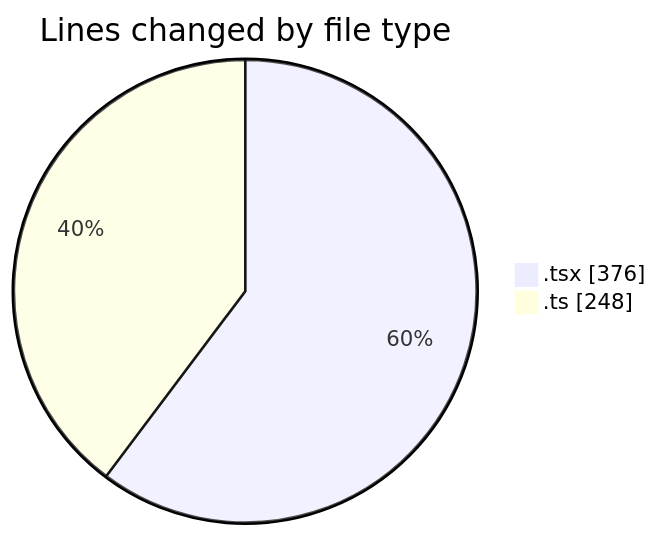
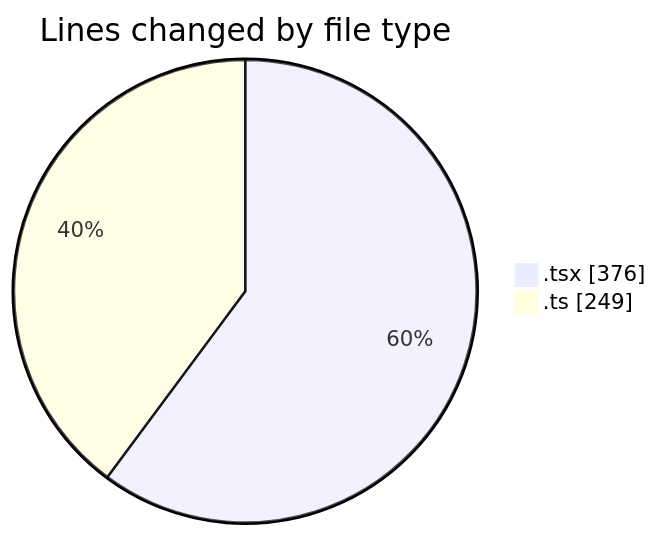
One commit to julien-gomy/code-tracking changed the first of 2 diagrams in 2025-10-16/eventscop-frontend-guide__workspace_/README.md. Above: the diagram before and after it, drawn with Mermaid. The commit also changed other lines of this file and 1 other file, not shown here.

````diff
--- a/2025-10-16/eventscop-frontend-guide__workspace_/README.md
+++ b/2025-10-16/eventscop-frontend-guide__workspace_/README.md
@@ -26,6 +26,6 @@
 ```mermaid
 pie showData
 title Lines changed by file type
 ".tsx" : 376
-".ts" : 248
+".ts" : 249
 ```
````
